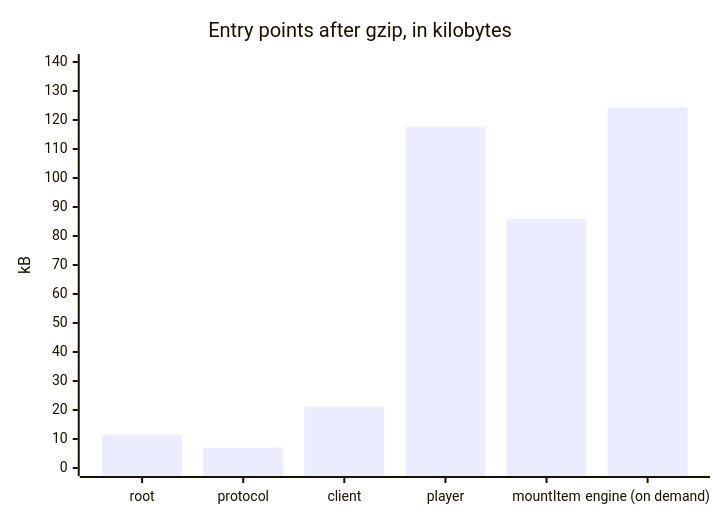
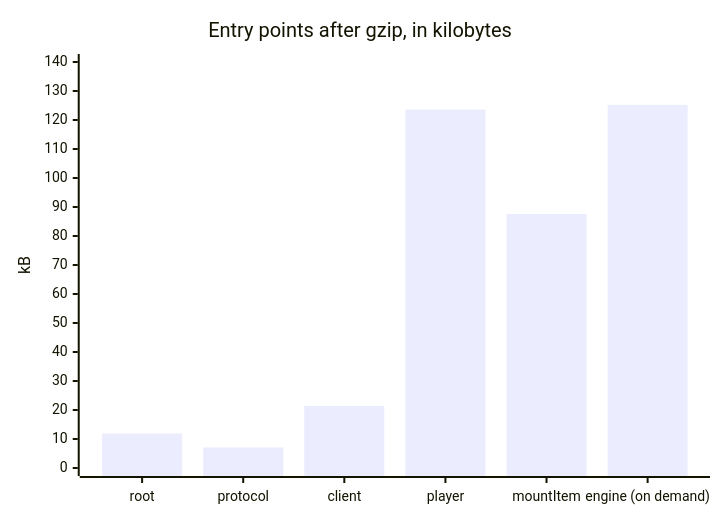
Before and after one commit to assesskit/assesskit: the diagram in docs/player/size.md, drawn with Mermaid. The commit also changed other lines of this file and 28 other files, not shown here.

````diff
--- a/docs/player/size.md
+++ b/docs/player/size.md
@@ -7,7 +7,7 @@
 ```mermaid
 xychart-beta
   title "Entry points after gzip, in kilobytes"
   x-axis ["root", "protocol", "client", "player", "mountItem", "engine (on demand)"]
   y-axis "kB" 0 --> 140
-  bar [11.5, 7.0, 21.1, 117.6, 85.8, 124.3]
+  bar [11.9, 7.1, 21.4, 123.6, 87.6, 125.2]
 ```
````
